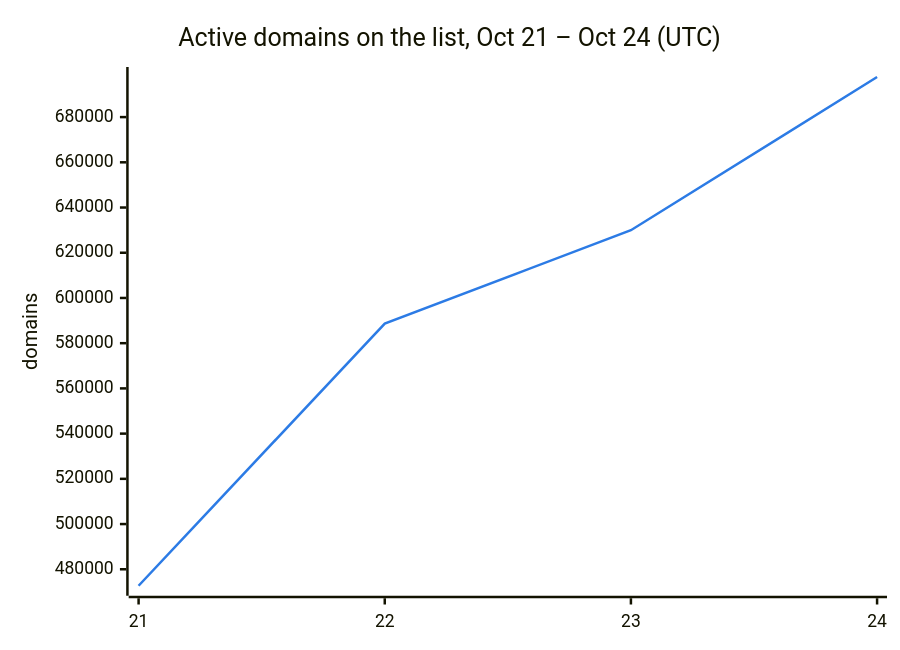
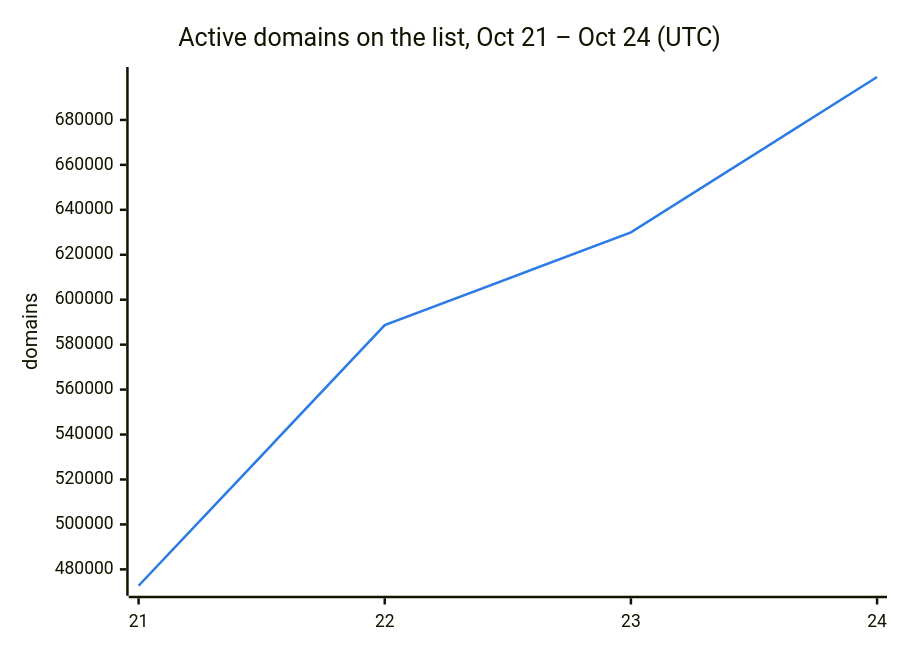
One commit to DNSBunker/CTI changed the second of 3 diagrams in README.md. Above: the diagram before and after it, drawn with Mermaid. The commit also changed other lines of this file and 3 other files, not shown here.

````diff
--- a/README.md
+++ b/README.md
@@ -38,8 +38,8 @@
 ```mermaid
 %%{init: {"themeVariables": {"xyChart": {"plotColorPalette": "#2c7be5"}}}}%%
 xychart-beta
     title "Active domains on the list, Oct 21 – Oct 24 (UTC)"
     x-axis ["21", "22", "23", "24"]
     y-axis "domains"
-    line [472713, 588659, 629951, 697733]
+    line [472713, 588659, 629951, 699103]
 ```
````
